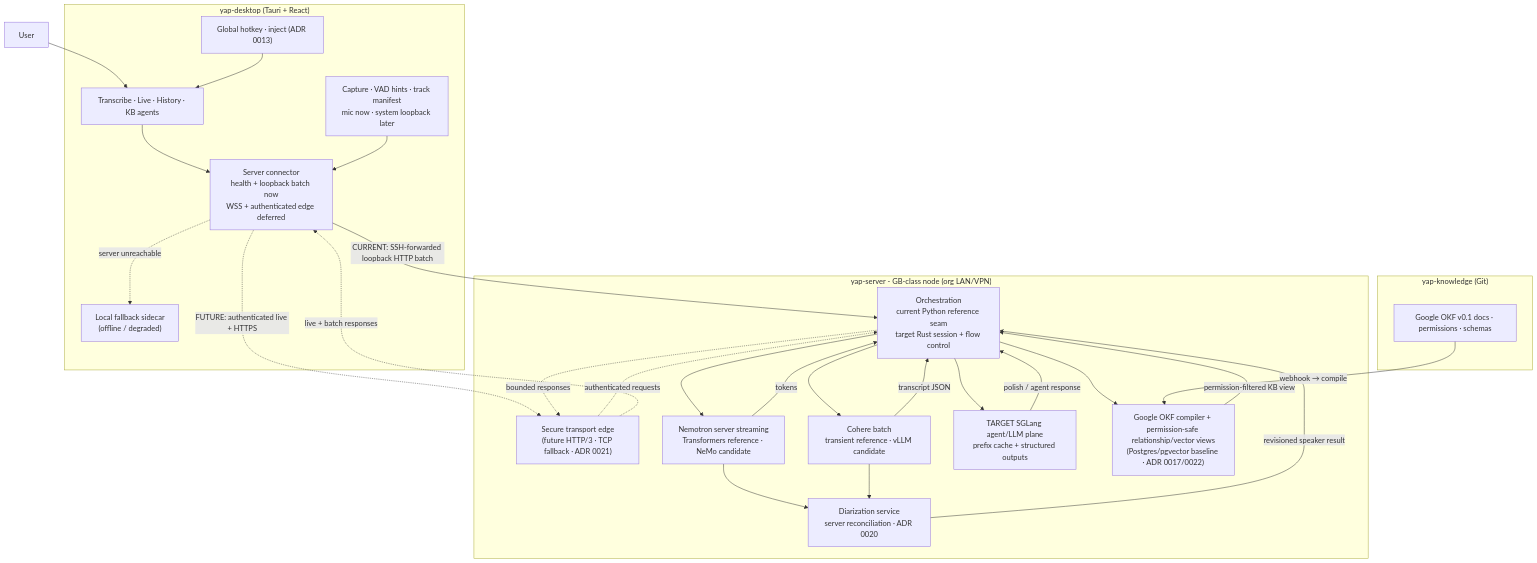
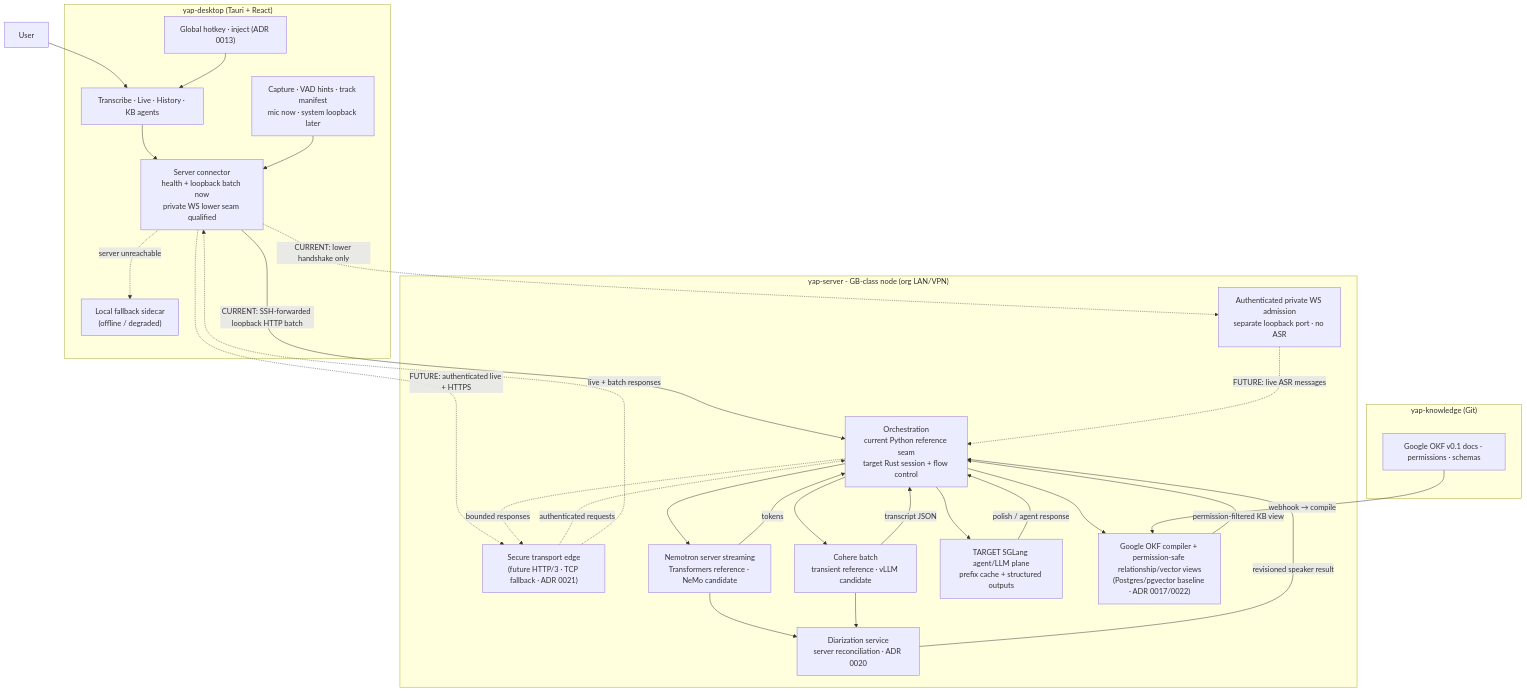
One commit to ZoOtMcNoOt/yap changed the second of 4 diagrams in docs/VOICE-OS-ARCHITECTURE.md. Above: the diagram before and after it, drawn with Mermaid. The commit also changed other lines of this file and 137 other files, not shown here.

````diff
--- a/docs/VOICE-OS-ARCHITECTURE.md
+++ b/docs/VOICE-OS-ARCHITECTURE.md
@@ -260,46 +262,49 @@
 ```mermaid
 flowchart TB
     User["User"]
 
     subgraph Client["yap-desktop (Tauri + React)"]
         UI["Transcribe · Live · History · KB agents"]
         Mic["Capture · VAD hints · track manifest<br/>mic now · system loopback later"]
         Hotkey["Global hotkey · inject (ADR 0013)"]
-        Conn["Server connector\nhealth + loopback batch now\nWSS + authenticated edge deferred"]
+        Conn["Server connector\nhealth + loopback batch now\nprivate WS lower seam qualified"]
         LocalFB["Local fallback sidecar\n(offline / degraded)"]
     end
 
     subgraph Server["yap-server - GB-class node (org LAN/VPN)"]
         Edge["Secure transport edge\n(future HTTP/3 · TCP fallback · ADR 0021)"]
+        LiveAdmission["Authenticated private WS admission\nseparate loopback port · no ASR"]
         Router["Orchestration\ncurrent Python reference seam\ntarget Rust session + flow control"]
         ASR["Nemotron server streaming\nTransformers reference · NeMo candidate"]
         Batch["Cohere batch\ntransient reference · vLLM candidate"]
         LLM["TARGET SGLang agent/LLM plane\nprefix cache + structured outputs"]
         Diar["Diarization service\nserver reconciliation · ADR 0020"]
         KB["Google OKF compiler + permission-safe relationship/vector views\n(Postgres/pgvector baseline · ADR 0017/0022)"]
     end
 
     subgraph KBRepo["yap-knowledge (Git)"]
         KBData["Google OKF v0.1 docs · permissions · schemas"]
     end
 
     User --> UI
     UI --> Conn
     Mic --> Conn
     Conn -->|"CURRENT: SSH-forwarded loopback HTTP batch"| Router
+    Conn -.->|"CURRENT: lower handshake only"| LiveAdmission
+    LiveAdmission -.->|"FUTURE: live ASR messages"| Router
     Conn -.->|"FUTURE: authenticated live + HTTPS"| Edge
     Edge -.->|"authenticated requests"| Router
     Router -.->|"bounded responses"| Edge
     Edge -.->|"live + batch responses"| Conn
     Router --> ASR & Batch & LLM
     ASR & Batch --> Diar
     ASR -->|"tokens"| Router
     Diar -->|"revisioned speaker result"| Router
     Batch -->|"transcript JSON"| Router
     LLM -->|"polish / agent response"| Router
     Router --> KB
     KB -->|"permission-filtered KB view"| Router
     KBData -->|"webhook → compile"| KB
     Conn -.->|"server unreachable"| LocalFB
     Hotkey --> UI
 ```
````
